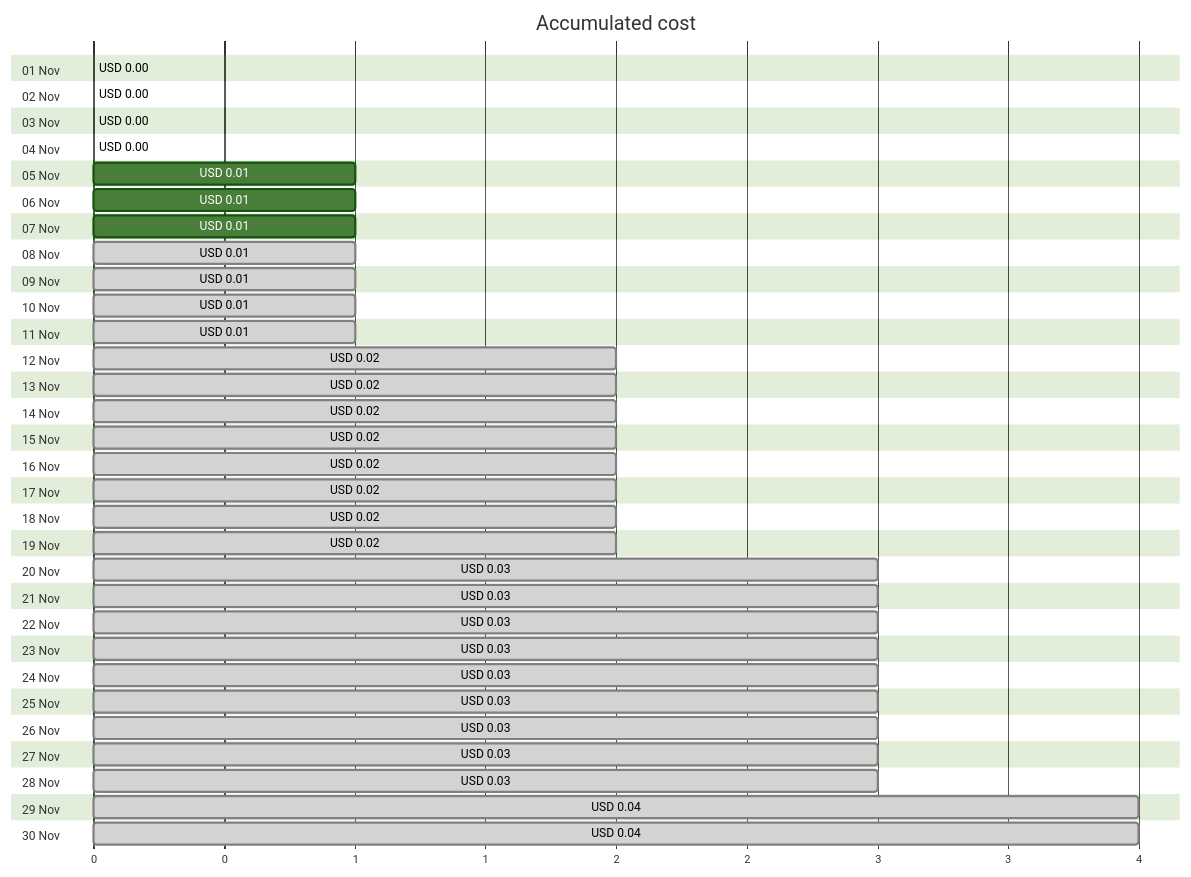
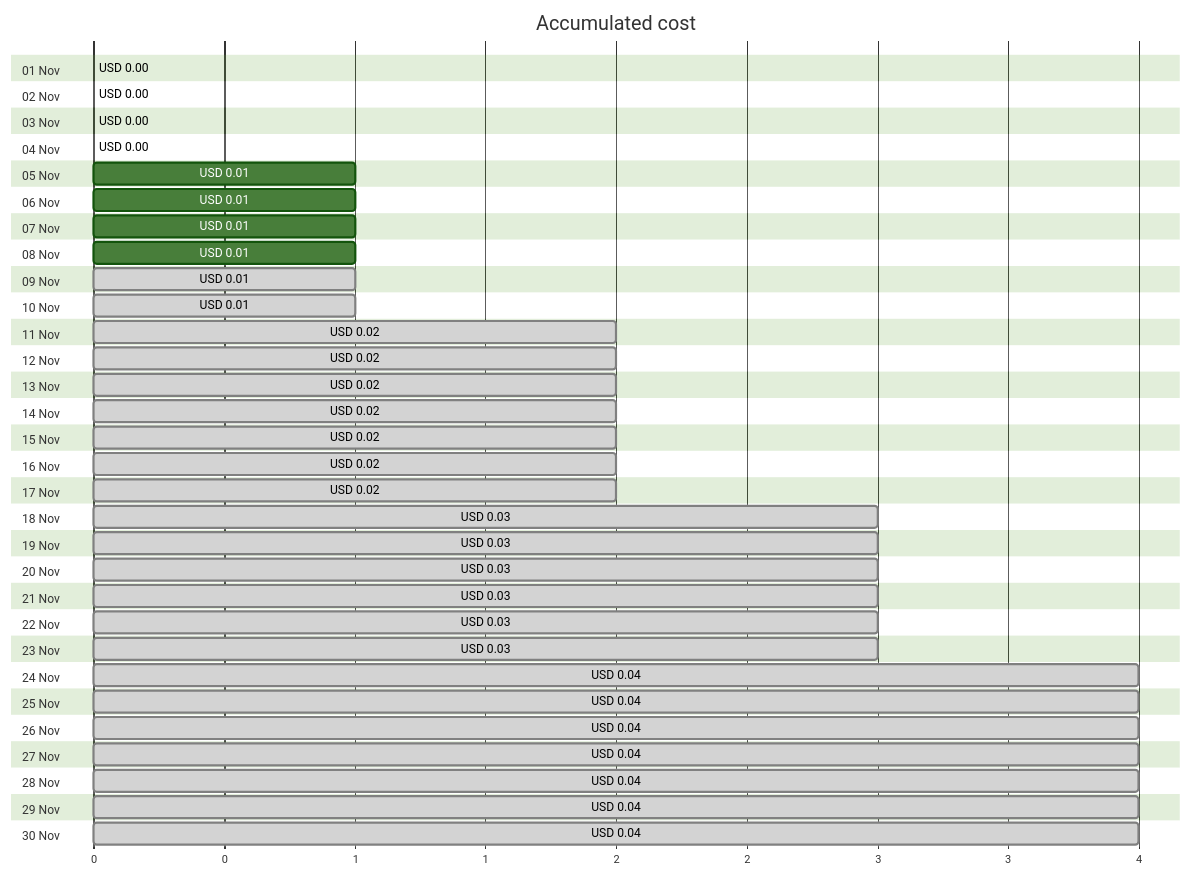
The first of 4 diagrams in cost-reports/personal-site/personalsiteapistorage.md (jpfulton/azure-personal-reports), drawn with Mermaid (forest theme) before and after one commit. The commit also changed other lines of this file and 6 other files, not shown here.

````diff
--- a/cost-reports/personal-site/personalsiteapistorage.md
+++ b/cost-reports/personal-site/personalsiteapistorage.md
@@ -20,66 +20,66 @@
 ```mermaid
 gantt
    title Accumulated cost
    dateFormat  X
    axisFormat %s
    section 01 Nov
    USD 0.00 :0, 0
    section 02 Nov
    USD 0.00 :0, 0
    section 03 Nov
    USD 0.00 :0, 0
    section 04 Nov
    USD 0.00 :0, 0
    section 05 Nov
    USD 0.01 :0, 1
    section 06 Nov
    USD 0.01 :0, 1
    section 07 Nov
    USD 0.01 :0, 1
    section 08 Nov
-   USD 0.01 : done, 0, 1
+   USD 0.01 :0, 1
    section 09 Nov
    USD 0.01 : done, 0, 1
    section 10 Nov
    USD 0.01 : done, 0, 1
    section 11 Nov
-   USD 0.01 : done, 0, 1
+   USD 0.02 : done, 0, 2
    section 12 Nov
    USD 0.02 : done, 0, 2
    section 13 Nov
    USD 0.02 : done, 0, 2
    section 14 Nov
    USD 0.02 : done, 0, 2
    section 15 Nov
    USD 0.02 : done, 0, 2
    section 16 Nov
    USD 0.02 : done, 0, 2
    section 17 Nov
    USD 0.02 : done, 0, 2
    section 18 Nov
-   USD 0.02 : done, 0, 2
+   USD 0.03 : done, 0, 3
    section 19 Nov
-   USD 0.02 : done, 0, 2
+   USD 0.03 : done, 0, 3
    section 20 Nov
    USD 0.03 : done, 0, 3
    section 21 Nov
    USD 0.03 : done, 0, 3
    section 22 Nov
    USD 0.03 : done, 0, 3
    section 23 Nov
    USD 0.03 : done, 0, 3
    section 24 Nov
-   USD 0.03 : done, 0, 3
+   USD 0.04 : done, 0, 4
    section 25 Nov
-   USD 0.03 : done, 0, 3
+   USD 0.04 : done, 0, 4
    section 26 Nov
-   USD 0.03 : done, 0, 3
+   USD 0.04 : done, 0, 4
    section 27 Nov
-   USD 0.03 : done, 0, 3
+   USD 0.04 : done, 0, 4
    section 28 Nov
-   USD 0.03 : done, 0, 3
+   USD 0.04 : done, 0, 4
    section 29 Nov
    USD 0.04 : done, 0, 4
    section 30 Nov
    USD 0.04 : done, 0, 4
 ```
````
